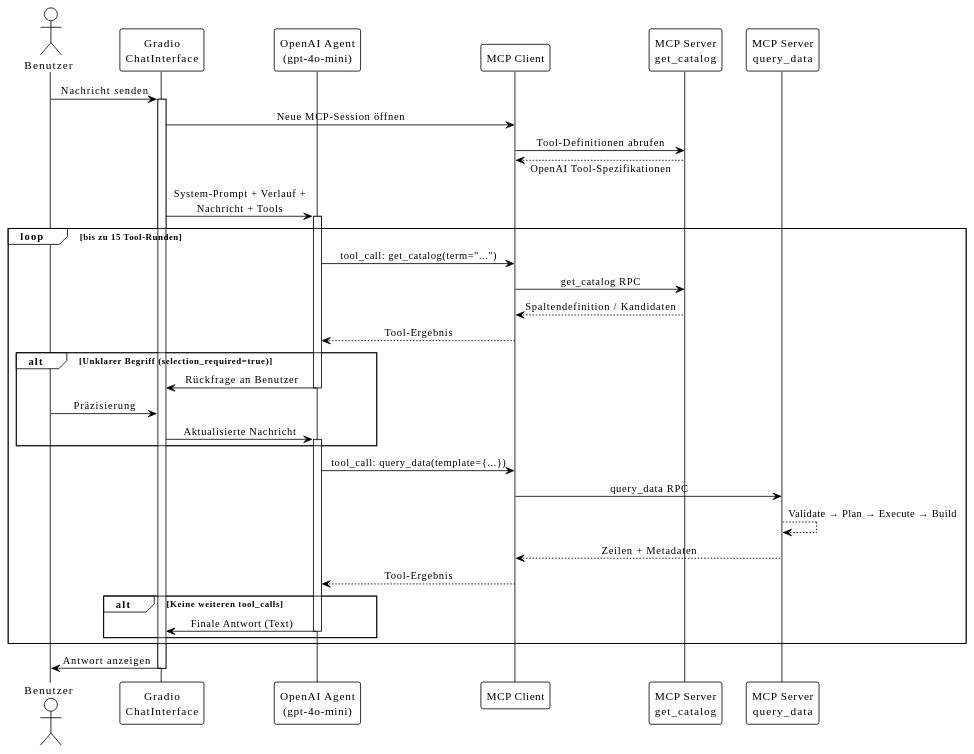
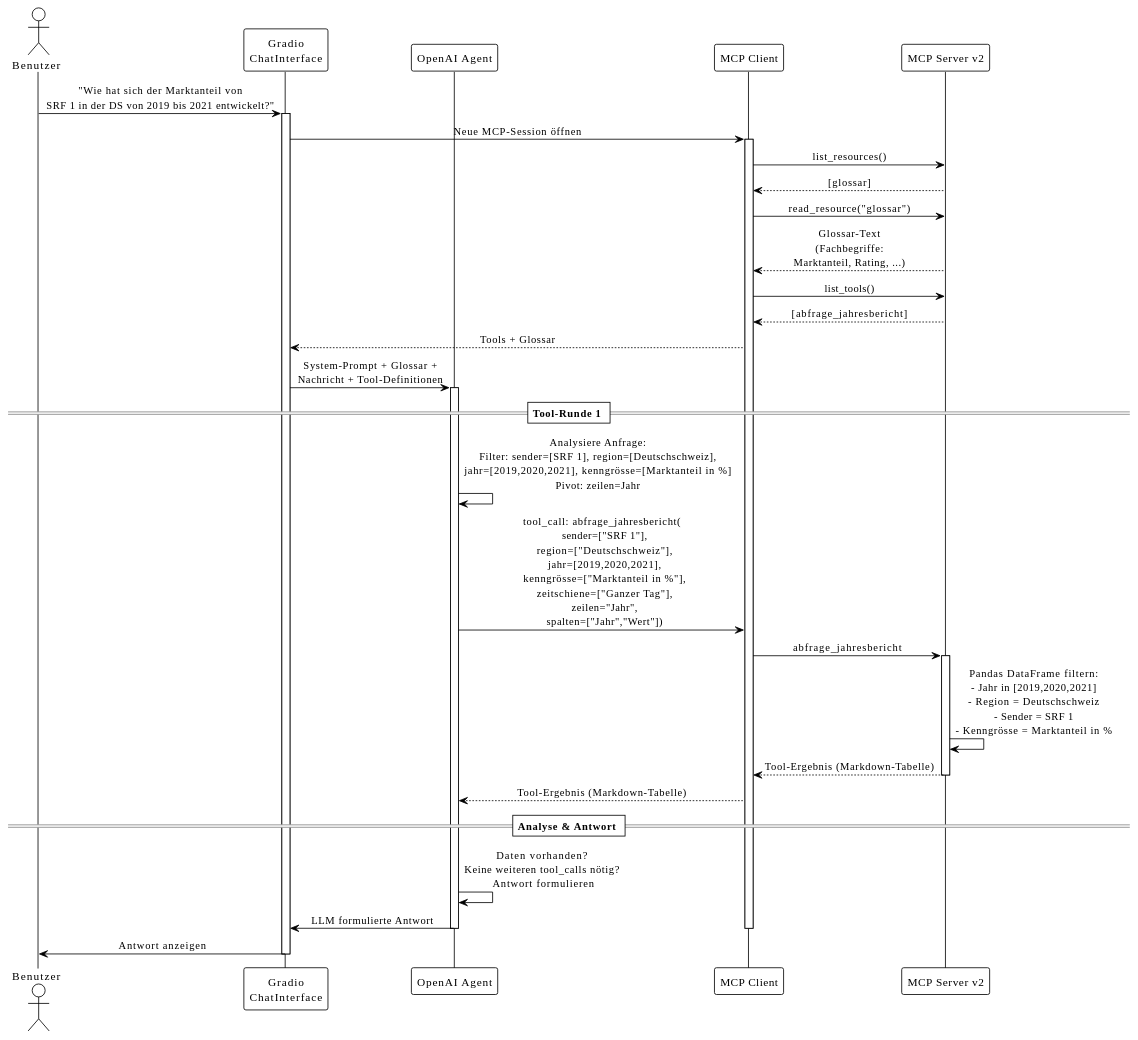
Before and after one commit to CeVauDe/cas-msed-transferarbeit: the diagram in thesis/text/30_Ergebnisse_Diskussion/31_poc.adoc, drawn with PlantUML. The commit also changed other lines of this file and 5 other files, not shown here.

```diff
--- a/thesis/text/30_Ergebnisse_Diskussion/31_poc.adoc
+++ b/thesis/text/30_Ergebnisse_Diskussion/31_poc.adoc
@@ -122,52 +39,63 @@
 [plantuml, agent-loop, svg]
 ....
 @startuml
 !theme plain
 skinparam sequenceMessageAlign center
 skinparam responseMessageBelowArrow true
 
 actor Benutzer
 participant "Gradio\nChatInterface" as Gradio
-participant "OpenAI Agent\n(gpt-4o-mini)" as LLM
+participant "OpenAI Agent" as LLM
 participant "MCP Client" as MCPClient
-participant "MCP Server\nget_catalog" as Catalog
-participant "MCP Server\nquery_data" as Query
+participant "MCP Server v2" as MCPServer
 
-Benutzer -> Gradio: Nachricht senden
+Benutzer -> Gradio: "Wie hat sich der Marktanteil von\nSRF 1 in der DS von 2019 bis 2021 entwickelt?"
 activate Gradio
+
 Gradio -> MCPClient: Neue MCP-Session öffnen
-MCPClient -> Catalog: Tool-Definitionen abrufen
-MCPClient <-- Catalog: OpenAI Tool-Spezifikationen
-Gradio -> LLM: System-Prompt + Verlauf +\nNachricht + Tools
+activate MCPClient
+
+MCPClient -> MCPServer: list_resources()
+MCPServer --> MCPClient: [glossar]
+
+MCPClient -> MCPServer: read_resource("glossar")
+MCPServer --> MCPClient: Glossar-Text\n(Fachbegriffe:\nMarktanteil, Rating, ...)
+
+MCPClient -> MCPServer: list_tools()
+MCPServer --> MCPClient: [abfrage_jahresbericht]
+
+MCPClient --> Gradio: Tools + Glossar
+
+Gradio -> LLM: System-Prompt + Glossar +\nNachricht + Tool-Definitionen
 activate LLM
 
-loop bis zu 15 Tool-Runden
-  LLM -> MCPClient: tool_call: get_catalog(term="...")
-  MCPClient -> Catalog: get_catalog RPC
-  Catalog --> MCPClient: Spaltendefinition / Kandidaten
-  MCPClient --> LLM: Tool-Ergebnis
+== Tool-Runde 1 ==
 
-  alt Unklarer Begriff (selection_required=true)
-    LLM -> Gradio: Rückfrage an Benutzer
-    deactivate LLM
-    Benutzer -> Gradio: Präzisierung
-    Gradio -> LLM: Aktualisierte Nachricht
-    activate LLM
-  end
+LLM -> LLM: Analysiere Anfrage:\nFilter: sender=[SRF 1], region=[Deutschschweiz],\njahr=[2019,2020,2021], kenngrösse=[Marktanteil in %]\nPivot: zeilen=Jahr
 
-  LLM -> MCPClient: tool_call: query_data(template={...})
-  MCPClient -> Query: query_data RPC
-  Query --> Query: Validate → Plan → Execute → Build
-  Query --> MCPClient: Zeilen + Metadaten
-  MCPClient --> LLM: Tool-Ergebnis
+LLM -> MCPClient: tool_call: abfrage_jahresbericht(\n  sender=["SRF 1"],\n  region=["Deutschschweiz"],\n  jahr=[2019,2020,2021],\n  kenngrösse=["Marktanteil in %"],\n  zeitschiene=["Ganzer Tag"],\n  zeilen="Jahr",\n  spalten=["Jahr","Wert"])
 
-  alt Keine weiteren tool_calls
-    LLM -> Gradio: Finale Antwort (Text)
-    deactivate LLM
-  end
-end
+MCPClient -> MCPServer: abfrage_jahresbericht
+activate MCPServer
+
+MCPServer -> MCPServer: Pandas DataFrame filtern:\n- Jahr in [2019,2020,2021]\n- Region = Deutschschweiz\n- Sender = SRF 1\n- Kenngrösse = Marktanteil in %
+
+MCPServer --> MCPClient: Tool-Ergebnis (Markdown-Tabelle)
+deactivate MCPServer
+
+MCPClient --> LLM: Tool-Ergebnis (Markdown-Tabelle)
+
+== Analyse & Antwort ==
+
+LLM -> LLM: Daten vorhanden? \nKeine weiteren tool_calls nötig? \nAntwort formulieren
+
+LLM -> Gradio: LLM formulierte Antwort
+
+deactivate LLM
+deactivate MCPClient
 
 Gradio -> Benutzer: Antwort anzeigen
 deactivate Gradio
+
 @enduml
 ....
```
